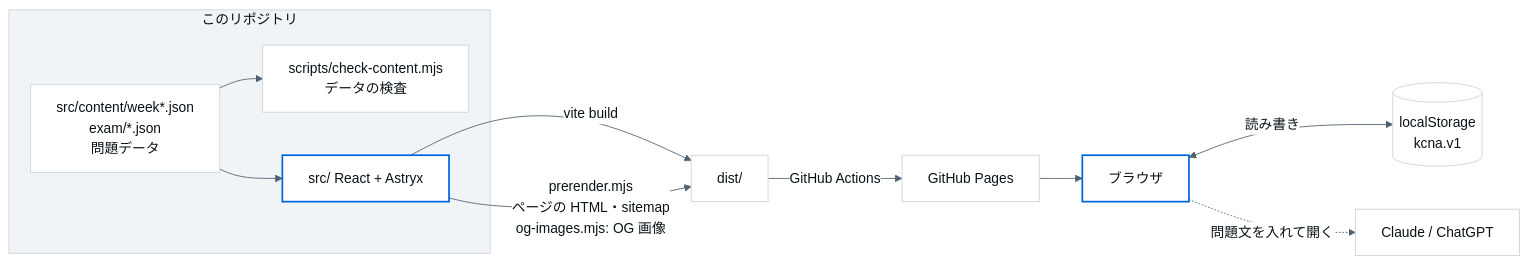
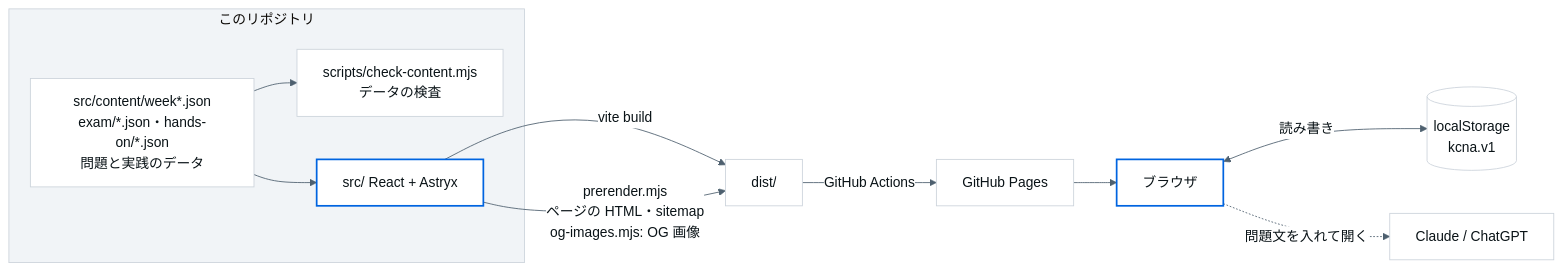
One commit to maco165/kcna-dojo changed the first of 2 diagrams in docs/design.md. Above: the diagram before and after it, drawn with Mermaid. The commit also changed other lines of this file and 1 other file, not shown here.

````diff
--- a/docs/design.md
+++ b/docs/design.md
@@ -7,19 +7,19 @@
 ```mermaid
 %%{init: {'theme': 'base', 'themeVariables': {'fontFamily': '-apple-system, Segoe UI, Roboto, sans-serif', 'primaryColor': '#FFFFFF', 'primaryTextColor': '#0A1317', 'primaryBorderColor': '#CCD3DB', 'lineColor': '#4E606F', 'clusterBkg': '#F1F4F7', 'clusterBorder': '#CCD3DB', 'tertiaryColor': '#F1F4F7'}}}%%
 flowchart LR
   subgraph repo[このリポジトリ]
-    json[src/content/week*.json<br/>exam/*.json<br/>問題データ]
+    json[src/content/week*.json<br/>exam/*.json・hands-on/*.json<br/>問題と実践のデータ]
     check[scripts/check-content.mjs<br/>データの検査]
     app[src/ React + Astryx]
   end
   json --> check
   json --> app
   app -->|vite build| dist[dist/]
   app -->|prerender.mjs<br/>ページの HTML・sitemap<br/>og-images.mjs: OG 画像| dist
   dist -->|GitHub Actions| pages[GitHub Pages]
   pages --> browser[ブラウザ]
   browser <-->|読み書き| ls[(localStorage<br/>kcna.v1)]
   browser -.->|問題文を入れて開く| ai[Claude / ChatGPT]
   classDef accent stroke:#0064E0,stroke-width:2px;
   class app,browser accent;
 ```
````
